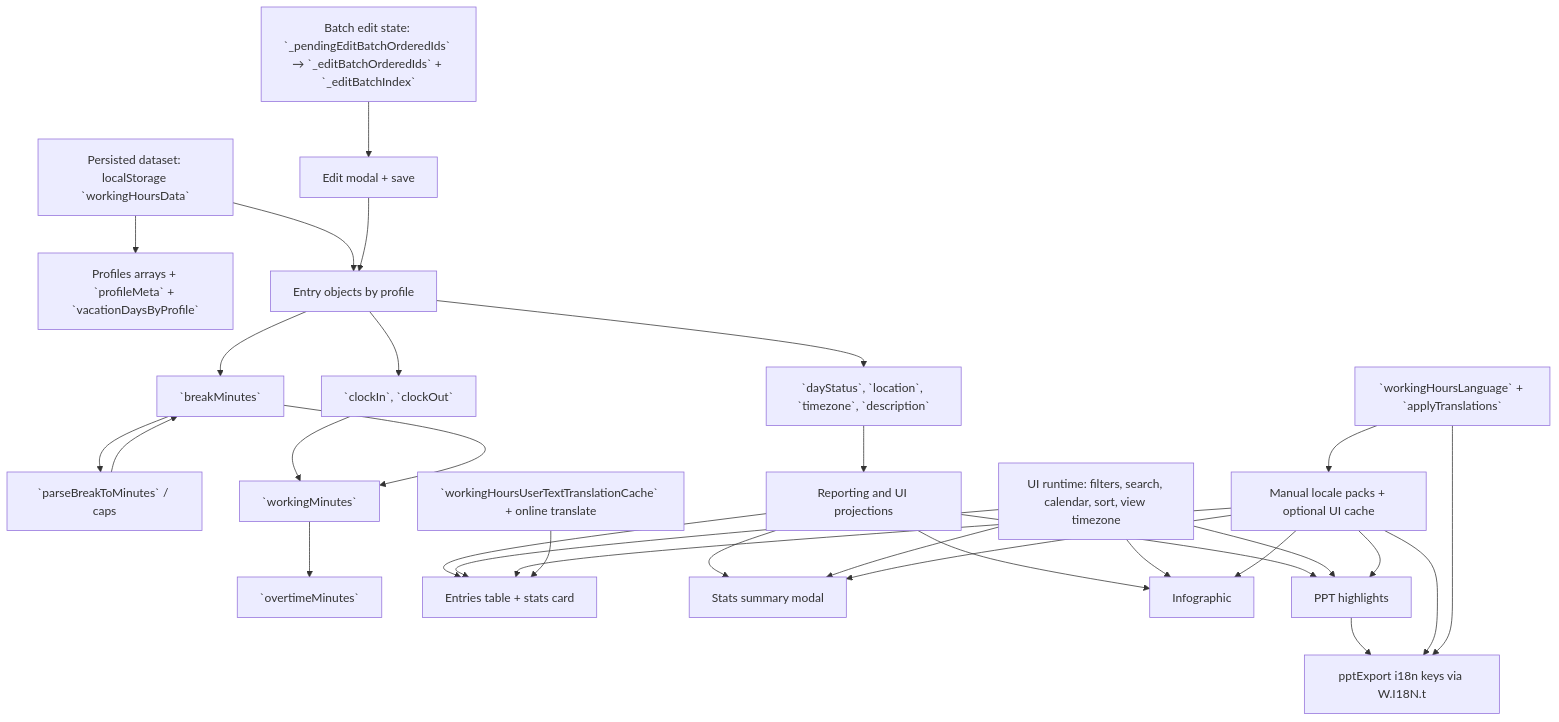
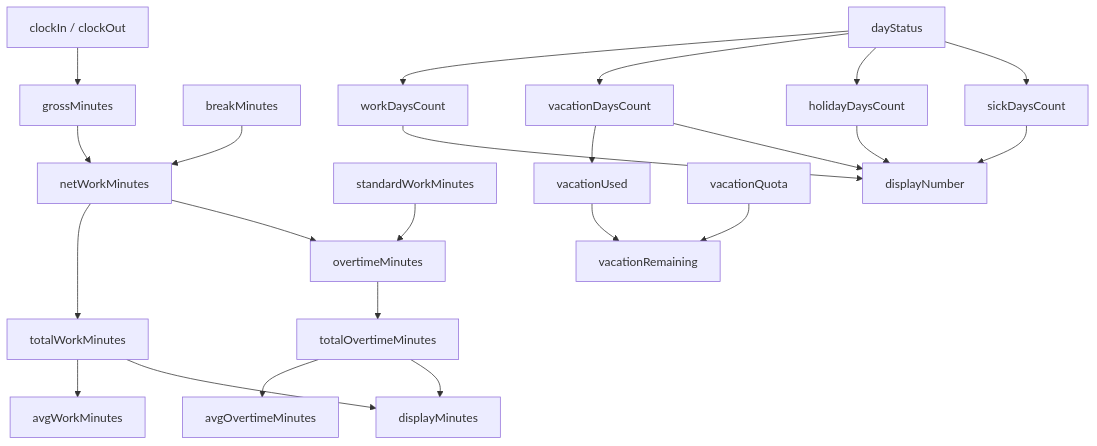
One commit to RifqiMT/working-hours-tracker changed the diagram in docs/VARIABLES.md. Above: the diagram before and after it, drawn with Mermaid. The commit also changed other lines of this file and 28 other files, not shown here.

First line of the commit message:
feat(working-hours-tracker): deliver comprehensive UX/data enhancements and enterprise documentation system

````diff
--- a/docs/VARIABLES.md
+++ b/docs/VARIABLES.md
@@ -105,38 +57,25 @@
 ```mermaid
 flowchart TD
-  A[Persisted dataset: localStorage `workingHoursData`] --> B[Profiles arrays + `profileMeta` + `vacationDaysByProfile`]
-  A --> C[Entry objects by profile]
-  C --> D[`clockIn`, `clockOut`]
-  C --> Br[`breakMinutes`]
-  Br --> PBM[`parseBreakToMinutes` / caps]
-  PBM --> Br
-  D --> E[`workingMinutes`]
-  Br --> E
-  E --> F[`overtimeMinutes`]
-  C --> G[`dayStatus`, `location`, `timezone`, `description`]
-  G --> H[Reporting and UI projections]
-  H --> I[Entries table + stats card]
-  H --> J[Stats summary modal]
-  H --> K[Infographic]
-  H --> L[PPT highlights]
-  L --> PPTi18n[pptExport i18n keys via W.I18N.t]
-
-  M[UI runtime: filters, search, calendar, sort, view timezone] --> I
-  M --> J
-  M --> K
-  M --> L
-
-  Q[Batch edit state: `_pendingEditBatchOrderedIds` → `_editBatchOrderedIds` + `_editBatchIndex`] --> Mod[Edit modal + save]
-  Mod --> C
-
-  N[Manual locale packs + optional UI cache] --> I
-  N --> J
-  N --> K
-  N --> L
-  N --> PPTi18n
-
-  Lang[`workingHoursLanguage` + `applyTranslations`] --> N
-  Lang --> PPTi18n
-
-  O[`workingHoursUserTextTranslationCache` + online translate] --> I
+  A[clockIn / clockOut] --> B[grossMinutes]
+  C[breakMinutes] --> D[netWorkMinutes]
+  B --> D
+  D --> E[totalWorkMinutes]
+  F[standardWorkMinutes] --> G[overtimeMinutes]
+  D --> G
+  G --> H[totalOvertimeMinutes]
+  E --> I[avgWorkMinutes]
+  H --> J[avgOvertimeMinutes]
+  K[dayStatus] --> L[workDaysCount]
+  K --> M[vacationDaysCount]
+  K --> N[holidayDaysCount]
+  K --> O[sickDaysCount]
+  M --> P[vacationUsed]
+  Q[vacationQuota] --> R[vacationRemaining]
+  P --> R
+  E --> S[displayMinutes]
+  H --> S
+  L --> T[displayNumber]
+  M --> T
+  N --> T
+  O --> T
 ```
````
